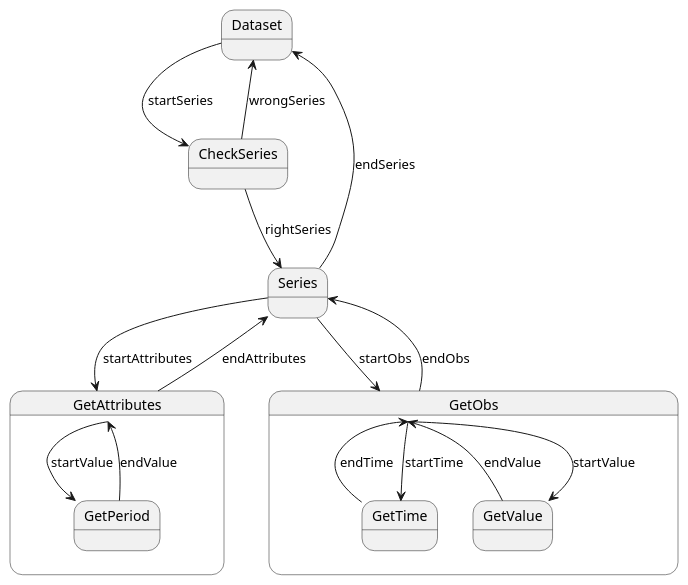
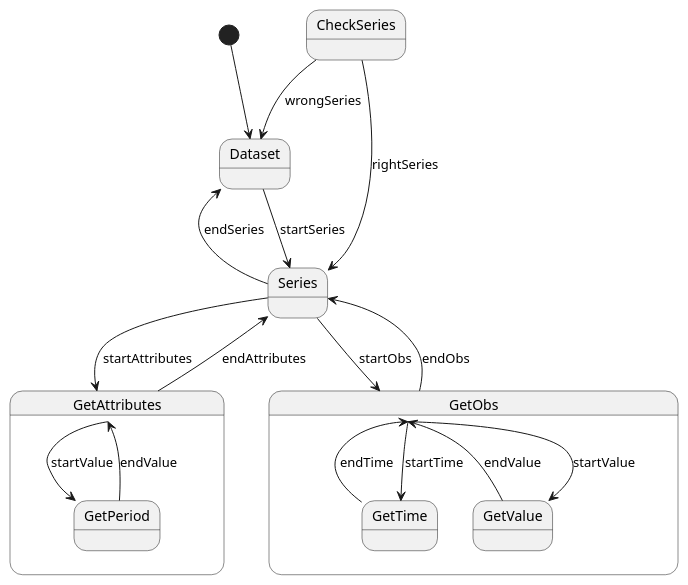
Before and after one commit to AltmanEA/edu-parse: the diagram in src/main/resources/state-dataset.puml, drawn with PlantUML. The commit also changed 6 other files, not shown here.

```diff
--- a/src/main/resources/state-dataset.puml
+++ b/src/main/resources/state-dataset.puml
@@ -1,24 +1,26 @@
 @startuml
 'https://plantuml.com/state-diagram
 
 state GetAttributes {
     GetAttributes --> GetPeriod: startValue
     GetPeriod --> GetAttributes: endValue
 }
 
 state GetObs{
     GetObs --> GetTime: startTime
     GetTime --> GetObs: endTime
     GetObs --> GetValue: startValue
     GetValue --> GetObs: endValue
 }
 
-Dataset -> CheckSeries : startSeries
+[*] -->Dataset
+Dataset --> Series : startSeries
+Series --> Dataset: endSeries
 CheckSeries --> Series: rightSeries
 CheckSeries --> Dataset: wrongSeries
 Series --> GetAttributes: startAttributes
 GetAttributes --> Series: endAttributes
 Series --> GetObs: startObs
 GetObs --> Series: endObs
-Series -> Dataset: endSeries
+
 @enduml
```
